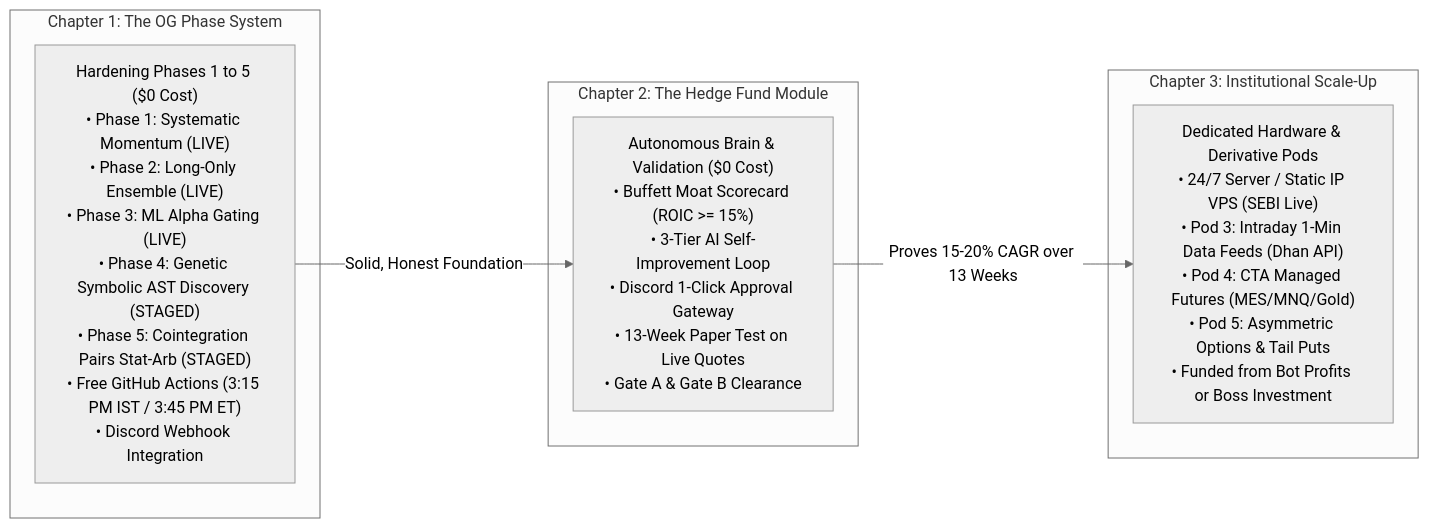
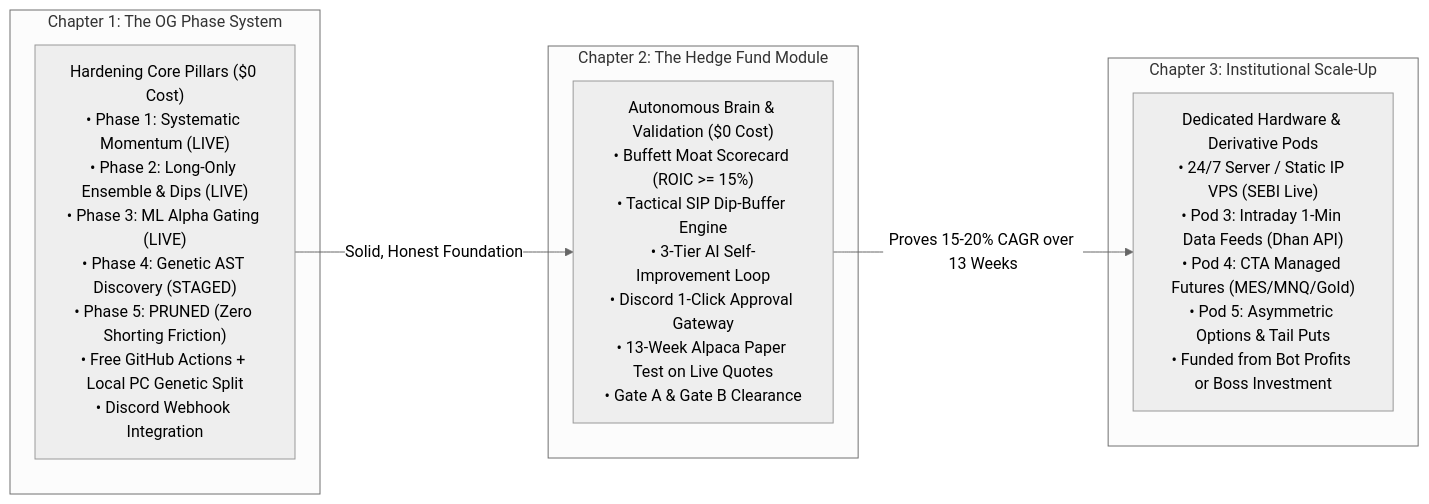
The third of 5 diagrams in FINAL_MASTER_HEDGE_FUND_ROADMAP.md (rain2002/trading_bot), drawn with Mermaid (neutral theme) before and after one commit. The commit also changed other lines of this file, not shown here.

Commit message:
docs: finalize master hedge fund roadmap with all fiduciary approvals

````diff
--- a/FINAL_MASTER_HEDGE_FUND_ROADMAP.md
+++ b/FINAL_MASTER_HEDGE_FUND_ROADMAP.md
@@ -78,17 +83,17 @@
 ```mermaid
 graph LR
     subgraph Chapter 1: The OG Phase System
-        CH1["Hardening Phases 1 to 5 ($0 Cost)<br>• Phase 1: Systematic Momentum (LIVE)<br>• Phase 2: Long-Only Ensemble (LIVE)<br>• Phase 3: ML Alpha Gating (LIVE)<br>• Phase 4: Genetic Symbolic AST Discovery (STAGED)<br>• Phase 5: Cointegration Pairs Stat-Arb (STAGED)<br>• Free GitHub Actions (3:15 PM IST / 3:45 PM ET)<br>• Discord Webhook Integration"]
+        CH1["Hardening Core Pillars ($0 Cost)<br>• Phase 1: Systematic Momentum (LIVE)<br>• Phase 2: Long-Only Ensemble & Dips (LIVE)<br>• Phase 3: ML Alpha Gating (LIVE)<br>• Phase 4: Genetic AST Discovery (STAGED)<br>• Phase 5: PRUNED (Zero Shorting Friction)<br>• Free GitHub Actions + Local PC Genetic Split<br>• Discord Webhook Integration"]
     end
 
     subgraph Chapter 2: The Hedge Fund Module
-        CH2["Autonomous Brain & Validation ($0 Cost)<br>• Buffett Moat Scorecard (ROIC >= 15%)<br>• 3-Tier AI Self-Improvement Loop<br>• Discord 1-Click Approval Gateway<br>• 13-Week Paper Test on Live Quotes<br>• Gate A & Gate B Clearance"]
+        CH2["Autonomous Brain & Validation ($0 Cost)<br>• Buffett Moat Scorecard (ROIC >= 15%)<br>• Tactical SIP Dip-Buffer Engine<br>• 3-Tier AI Self-Improvement Loop<br>• Discord 1-Click Approval Gateway<br>• 13-Week Alpaca Paper Test on Live Quotes<br>• Gate A & Gate B Clearance"]
     end
 
     subgraph Chapter 3: Institutional Scale-Up
         CH3["Dedicated Hardware & Derivative Pods<br>• 24/7 Server / Static IP VPS (SEBI Live)<br>• Pod 3: Intraday 1-Min Data Feeds (Dhan API)<br>• Pod 4: CTA Managed Futures (MES/MNQ/Gold)<br>• Pod 5: Asymmetric Options & Tail Puts<br>• Funded from Bot Profits or Boss Investment"]
     end
 
     CH1 -->|Solid, Honest Foundation| CH2
     CH2 -->|Proves 15-20% CAGR over 13 Weeks| CH3
 ```
````
